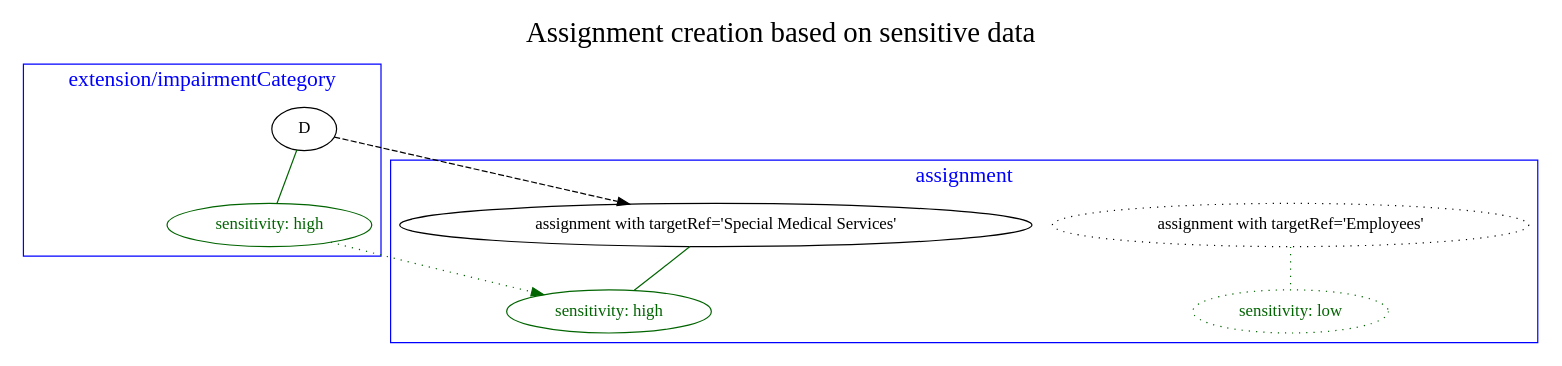
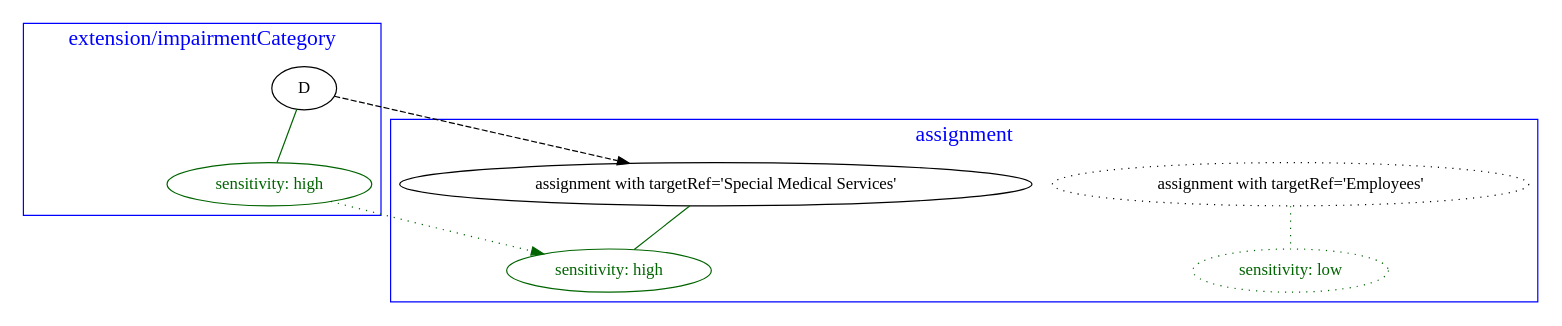
Before and after one commit to Evolveum/docs: the diagram in midpoint/midprivacy/phases/01-data-provenance-prototype/processing/model/metadata/expressions/example-assignment-sensitive.dot, drawn with Graphviz. The commit also changed 6 other files, not shown here.

```diff
--- a/midpoint/midprivacy/phases/01-data-provenance-prototype/processing/model/metadata/expressions/example-assignment-sensitive.dot
+++ b/midpoint/midprivacy/phases/01-data-provenance-prototype/processing/model/metadata/expressions/example-assignment-sensitive.dot
@@ -1,37 +1,37 @@
 digraph G {
     compound=true;
     rankdir=TB;
 
-    label="Assignment creation based on sensitive data";
-    labelloc=top; fontsize=24.0;
+//    label="Assignment creation based on sensitive data";
+//    labelloc=top; fontsize=24.0;
 
     subgraph cluster_ext_email {
       label="extension/impairmentCategory";
       fontsize=18;
       fontcolor=blue;
       color=blue;
 
       a1 [label="D"];
       a1Sensitivity [label="sensitivity: high", color=darkgreen, fontcolor=darkgreen];
       a1->a1Sensitivity [color=darkgreen, dir=none];
     }
 
     subgraph cluster_output {
       label="assignment"
       fontsize=18;
       fontcolor=blue;
       color=blue;
 
       o1 [label="assignment with targetRef='Special Medical Services'"];
       o1Sensitivity [label="sensitivity: high", color=darkgreen, fontcolor=darkgreen];
       o1->o1Sensitivity [color=darkgreen, dir=none];
 
       o2 [label="assignment with targetRef='Employees'", style=dotted];
       o2Sensitivity [label="sensitivity: low", color=darkgreen, fontcolor=darkgreen, style=dotted];
       o2->o2Sensitivity [color=darkgreen, dir=none, style=dotted];
 
     }
 
     a1 -> o1 [style=dashed];
     a1Sensitivity -> o1Sensitivity [color=darkgreen, style=dotted];
 }
```
